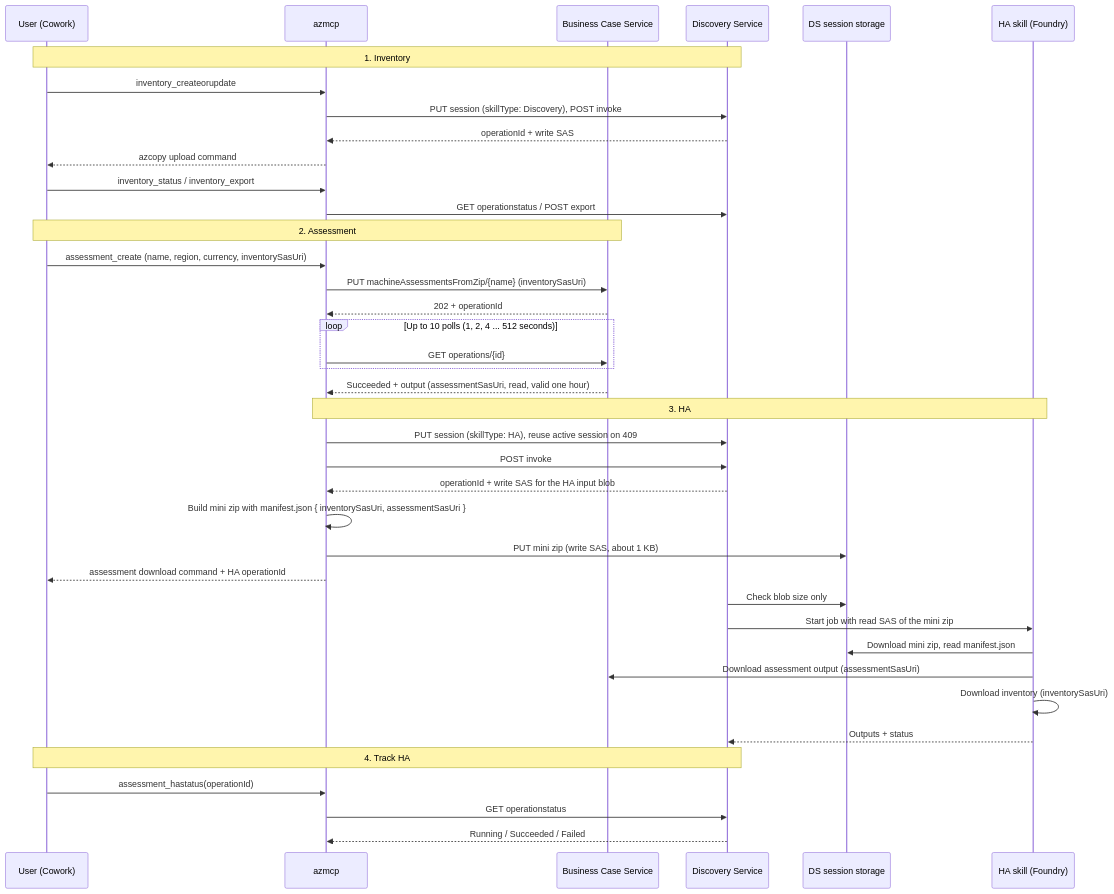
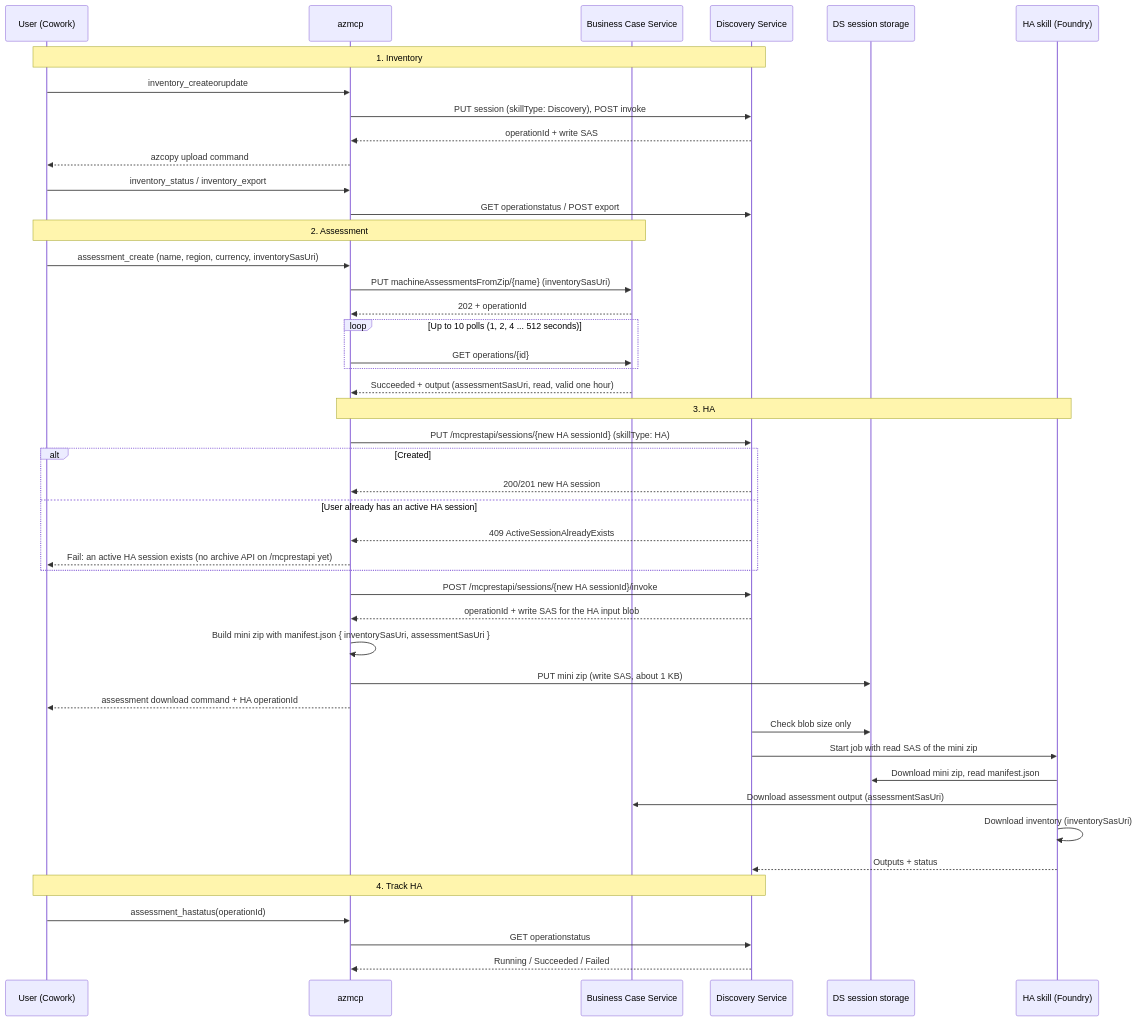
Before and after one commit to microsoft/mcp: the diagram in tools/Azure.Mcp.Tools.AzureMigrate/docs/inventory-assessment-ha-plan.md, drawn with Mermaid.

Commit message:
AzureMigrate docs: HA always creates a new session in the flow

````diff
--- a/tools/Azure.Mcp.Tools.AzureMigrate/docs/inventory-assessment-ha-plan.md
+++ b/tools/Azure.Mcp.Tools.AzureMigrate/docs/inventory-assessment-ha-plan.md
@@ -35,45 +35,51 @@
 ```mermaid
 sequenceDiagram
     participant U as User (Cowork)
     participant M as azmcp
     participant BC as Business Case Service
     participant DS as Discovery Service
     participant ST as DS session storage
     participant HA as HA skill (Foundry)
 
     Note over U,DS: 1. Inventory
     U->>M: inventory_createorupdate
     M->>DS: PUT session (skillType: Discovery), POST invoke
     DS-->>M: operationId + write SAS
     M-->>U: azcopy upload command
     U->>M: inventory_status / inventory_export
     M->>DS: GET operationstatus / POST export
 
     Note over U,BC: 2. Assessment
     U->>M: assessment_create (name, region, currency, inventorySasUri)
     M->>BC: PUT machineAssessmentsFromZip/{name} (inventorySasUri)
     BC-->>M: 202 + operationId
     loop Up to 10 polls (1, 2, 4 ... 512 seconds)
         M->>BC: GET operations/{id}
     end
     BC-->>M: Succeeded + output (assessmentSasUri, read, valid one hour)
 
     Note over M,HA: 3. HA
-    M->>DS: PUT session (skillType: HA), reuse active session on 409
-    M->>DS: POST invoke
+    M->>DS: PUT /mcprestapi/sessions/{new HA sessionId} (skillType: HA)
+    alt Created
+        DS-->>M: 200/201 new HA session
+    else User already has an active HA session
+        DS-->>M: 409 ActiveSessionAlreadyExists
+        M-->>U: Fail: an active HA session exists (no archive API on /mcprestapi yet)
+    end
+    M->>DS: POST /mcprestapi/sessions/{new HA sessionId}/invoke
     DS-->>M: operationId + write SAS for the HA input blob
     M->>M: Build mini zip with manifest.json { inventorySasUri, assessmentSasUri }
     M->>ST: PUT mini zip (write SAS, about 1 KB)
     M-->>U: assessment download command + HA operationId
     DS->>ST: Check blob size only
     DS->>HA: Start job with read SAS of the mini zip
     HA->>ST: Download mini zip, read manifest.json
     HA->>BC: Download assessment output (assessmentSasUri)
     HA->>HA: Download inventory (inventorySasUri)
     HA-->>DS: Outputs + status
 
     Note over U,DS: 4. Track HA
     U->>M: assessment_hastatus(operationId)
     M->>DS: GET operationstatus
     DS-->>M: Running / Succeeded / Failed
 ```
````
